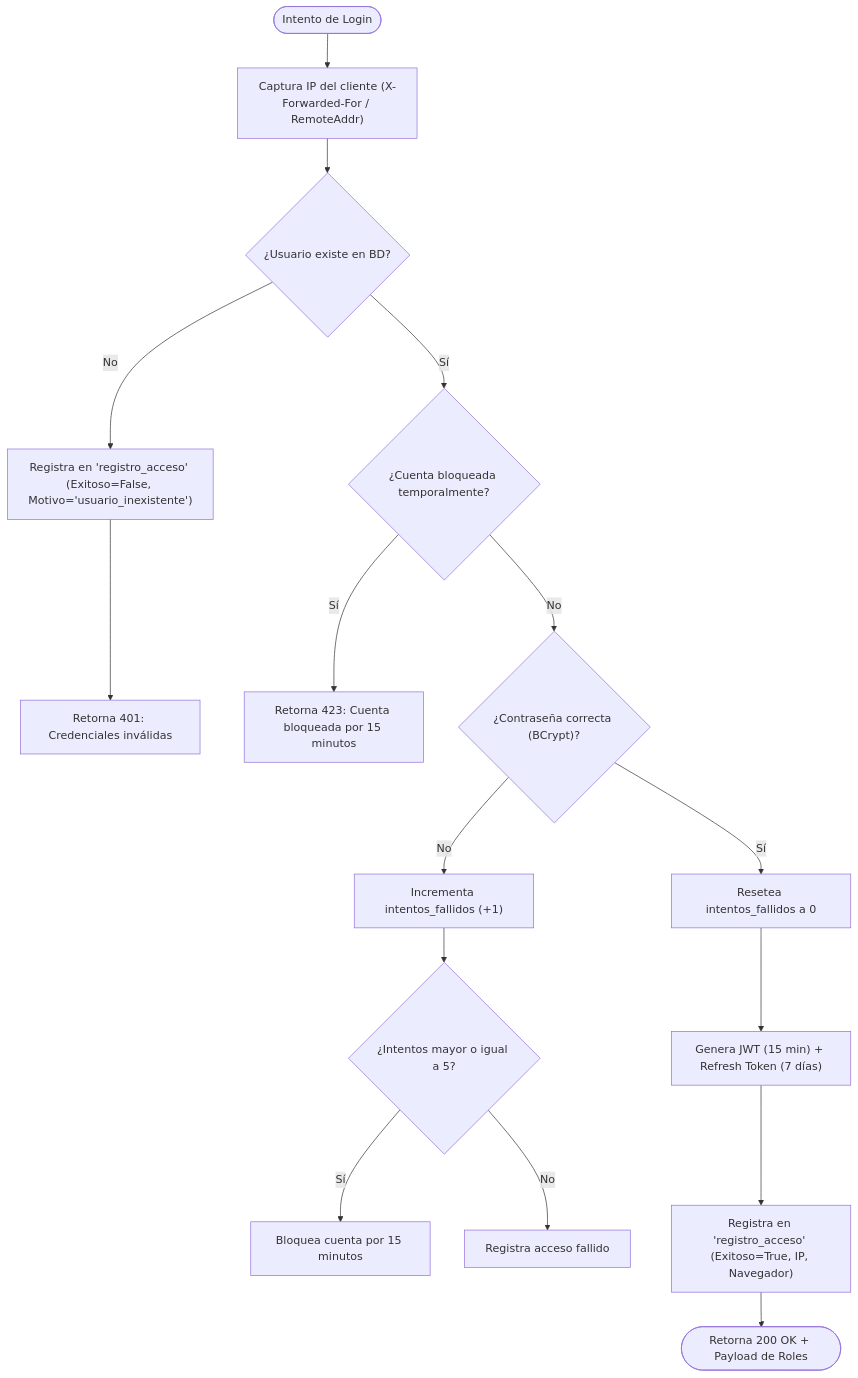
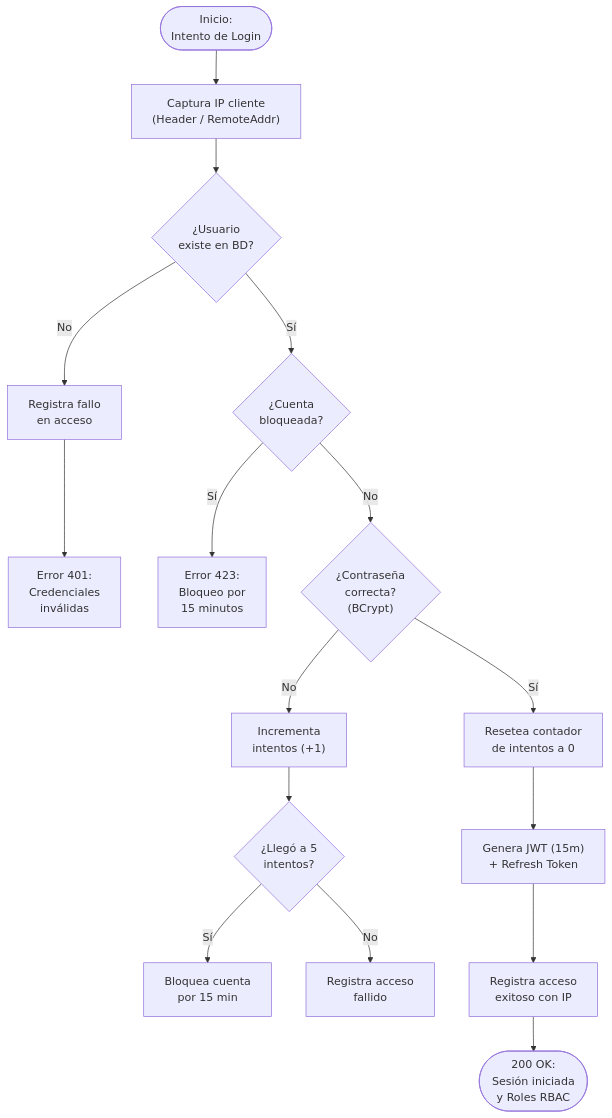
Before and after one commit to MrCarlos17A/TechZone: the third of 3 diagrams in README.md, drawn with Mermaid. The commit also changed other lines of this file, not shown here.

Commit message:
style(docs): optimizar saltos de linea y dimensiones en nodos mermaid

````diff
--- a/README.md
+++ b/README.md
@@ -134,21 +134,21 @@
 ```mermaid
 flowchart TD
-    START(["Intento de Login"]) --> CAPTURA["Captura IP del cliente (X-Forwarded-For / RemoteAddr)"]
-    CAPTURA --> BUSCA{"¿Usuario existe en BD?"}
+    START(["Inicio:<br/>Intento de Login"]) --> CAPTURA["Captura IP cliente<br/>(Header / RemoteAddr)"]
+    CAPTURA --> BUSCA{"¿Usuario<br/>existe en BD?"}
     
-    BUSCA -- No --> LOG_FAIL1["Registra en 'registro_acceso' (Exitoso=False, Motivo='usuario_inexistente')"] --> RET_401["Retorna 401: Credenciales inválidas"]
+    BUSCA -- No --> LOG_FAIL1["Registra fallo<br/>en acceso"] --> RET_401["Error 401:<br/>Credenciales<br/>inválidas"]
     
-    BUSCA -- Sí --> CHECK_LOCK{"¿Cuenta bloqueada temporalmente?"}
-    CHECK_LOCK -- Sí --> RET_423["Retorna 423: Cuenta bloqueada por 15 minutos"]
+    BUSCA -- Sí --> CHECK_LOCK{"¿Cuenta<br/>bloqueada?"}
+    CHECK_LOCK -- Sí --> RET_423["Error 423:<br/>Bloqueo por<br/>15 minutos"]
     
-    CHECK_LOCK -- No --> PASS{"¿Contraseña correcta (BCrypt)?"}
-    PASS -- No --> INC_FAIL["Incrementa intentos_fallidos (+1)"]
-    INC_FAIL --> REACH_LIMIT{"¿Intentos mayor o igual a 5?"}
-    REACH_LIMIT -- Sí --> LOCK_USER["Bloquea cuenta por 15 minutos"]
-    REACH_LIMIT -- No --> LOG_FAIL2["Registra acceso fallido"]
+    CHECK_LOCK -- No --> PASS{"¿Contraseña<br/>correcta?<br/>(BCrypt)"}
+    PASS -- No --> INC_FAIL["Incrementa<br/>intentos (+1)"]
+    INC_FAIL --> REACH_LIMIT{"¿Llegó a 5<br/>intentos?"}
+    REACH_LIMIT -- Sí --> LOCK_USER["Bloquea cuenta<br/>por 15 min"]
+    REACH_LIMIT -- No --> LOG_FAIL2["Registra acceso<br/>fallido"]
     
-    PASS -- Sí --> RESET["Resetea intentos_fallidos a 0"]
-    RESET --> GEN_JWT["Genera JWT (15 min) + Refresh Token (7 días)"]
-    GEN_JWT --> LOG_OK["Registra en 'registro_acceso' (Exitoso=True, IP, Navegador)"]
-    LOG_OK --> SEND_TOKEN(["Retorna 200 OK + Payload de Roles"])
+    PASS -- Sí --> RESET["Resetea contador<br/>de intentos a 0"]
+    RESET --> GEN_JWT["Genera JWT (15m)<br/>+ Refresh Token"]
+    GEN_JWT --> LOG_OK["Registra acceso<br/>exitoso con IP"]
+    LOG_OK --> SEND_TOKEN(["200 OK:<br/>Sesión iniciada<br/>y Roles RBAC"])
 ```
````
